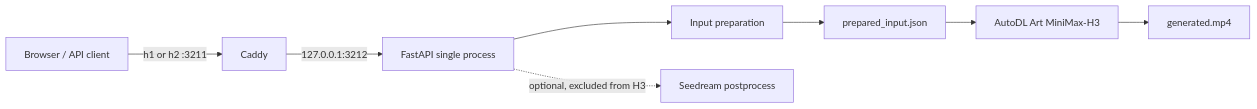
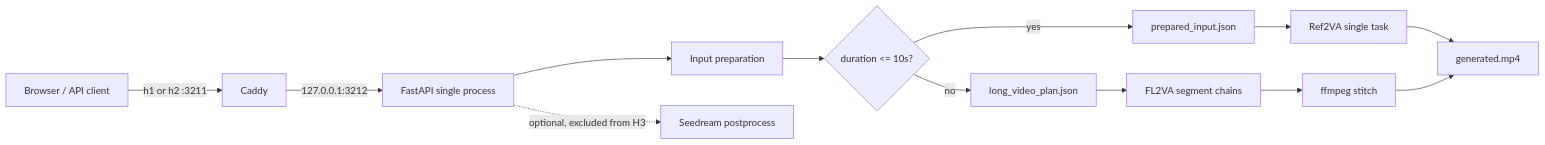
Before and after one commit to xy-plus/duet-ad: the first of 3 diagrams in docs/agent/architecture/architecture.md, drawn with Mermaid. The commit also changed other lines of this file and 11 other files, not shown here.

Commit message:
docs: publish long-video H3 runbook

````diff
--- a/docs/agent/architecture/architecture.md
+++ b/docs/agent/architecture/architecture.md
@@ -17,10 +17,15 @@
 ```mermaid
 flowchart LR
   U[Browser / API client] -->|h1 or h2 :3211| C[Caddy]
   C -->|127.0.0.1:3212| A[FastAPI single process]
   A --> P[Input preparation]
-  P --> R[prepared_input.json]
-  R --> H[AutoDL Art MiniMax-H3]
+  P --> Q{duration <= 10s?}
+  Q -->|yes| R[prepared_input.json]
+  Q -->|no| L[long_video_plan.json]
+  R --> H[Ref2VA single task]
+  L --> F[FL2VA segment chains]
   H --> V[generated.mp4]
+  F --> X[ffmpeg stitch]
+  X --> V
   A -. optional, excluded from H3 .-> S[Seedream postprocess]
 ```
````
